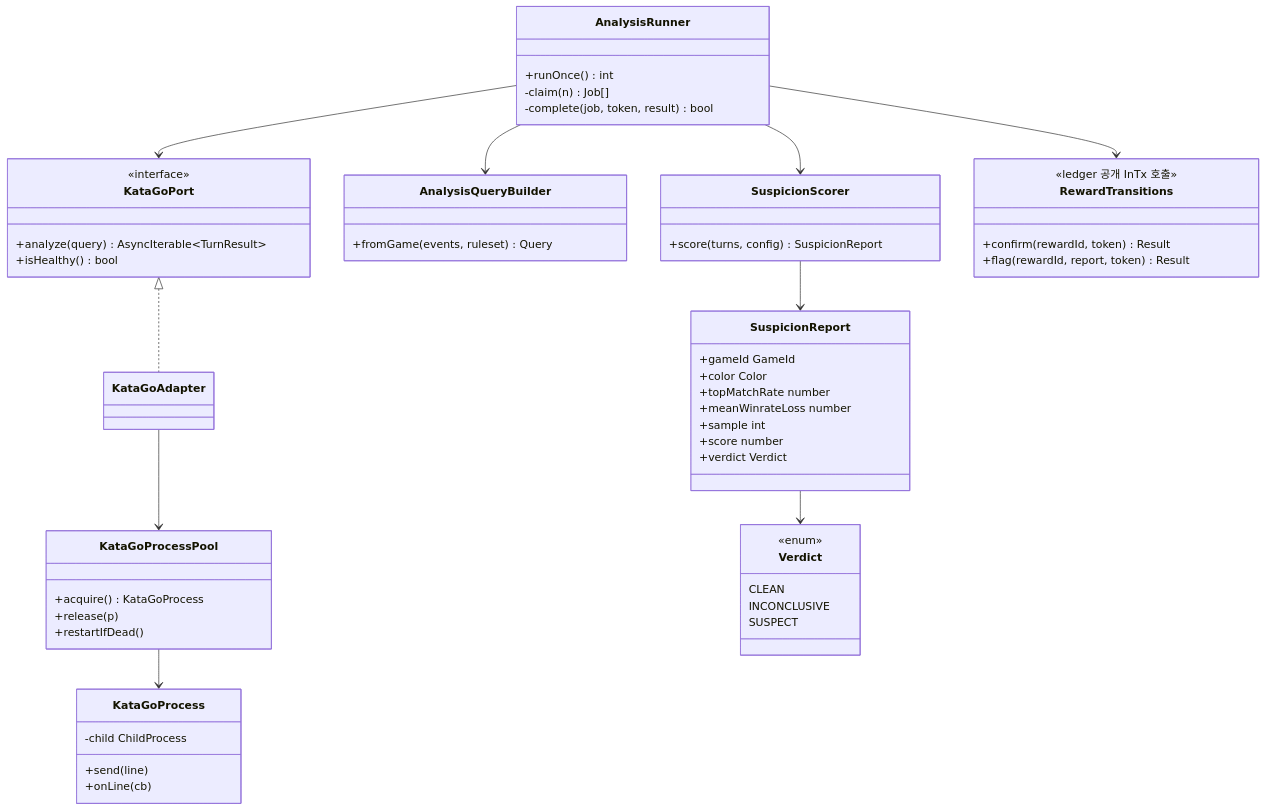
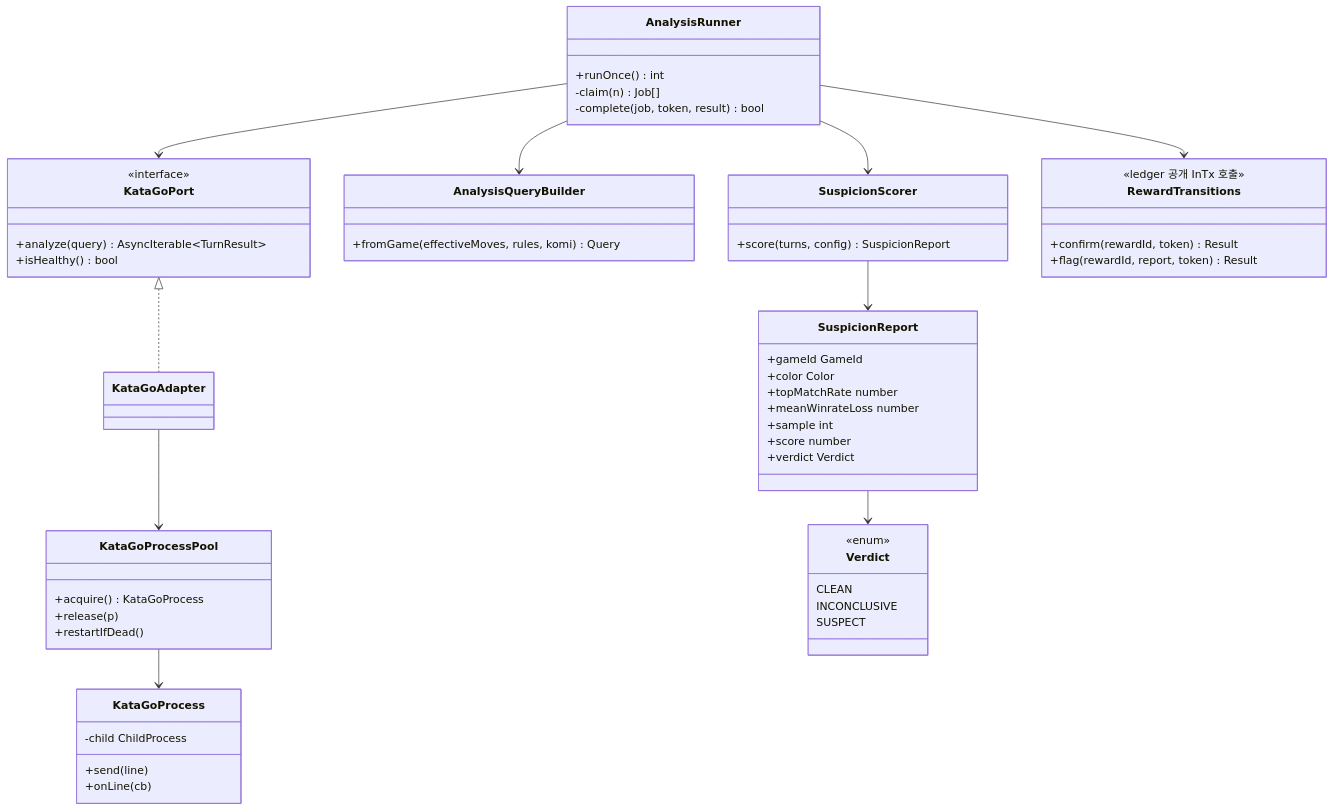
One commit to 1985jwlee/portpolio_backend changed diagram 18 of 21 in docs/design/phases/01-baduk.md. Above: the diagram before and after it, drawn with Mermaid. The commit also changed other lines of this file and 32 other files, not shown here.

````diff
--- a/docs/design/phases/01-baduk.md
+++ b/docs/design/phases/01-baduk.md
@@ -944,58 +1092,58 @@
 ```mermaid
 classDiagram
     class AnalysisRunner {
         +runOnce() int
         -claim(n) Job[]
         -complete(job, token, result) bool
     }
     class KataGoPort {
         <<interface>>
         +analyze(query) AsyncIterable~TurnResult~
         +isHealthy() bool
     }
     class KataGoProcessPool {
         +acquire() KataGoProcess
         +release(p)
         +restartIfDead()
     }
     class KataGoProcess {
         -child ChildProcess
         +send(line)
         +onLine(cb)
     }
     class AnalysisQueryBuilder {
-        +fromGame(events, ruleset) Query
+        +fromGame(effectiveMoves, rules, komi) Query
     }
     class SuspicionScorer {
         +score(turns, config) SuspicionReport
     }
     class SuspicionReport {
         +gameId GameId
         +color Color
         +topMatchRate number
         +meanWinrateLoss number
         +sample int
         +score number
         +verdict Verdict
     }
     class Verdict {
         <<enum>>
         CLEAN
         INCONCLUSIVE
         SUSPECT
     }
     class RewardTransitions {
         +confirm(rewardId, token) Result
         +flag(rewardId, report, token) Result
         <<ledger 공개 InTx 호출>>
     }
     KataGoPort <|.. KataGoAdapter
     KataGoAdapter --> KataGoProcessPool
     KataGoProcessPool --> KataGoProcess
     AnalysisRunner --> KataGoPort
     AnalysisRunner --> AnalysisQueryBuilder
     AnalysisRunner --> SuspicionScorer
     SuspicionScorer --> SuspicionReport
     SuspicionReport --> Verdict
     AnalysisRunner --> RewardTransitions
 ```
````
